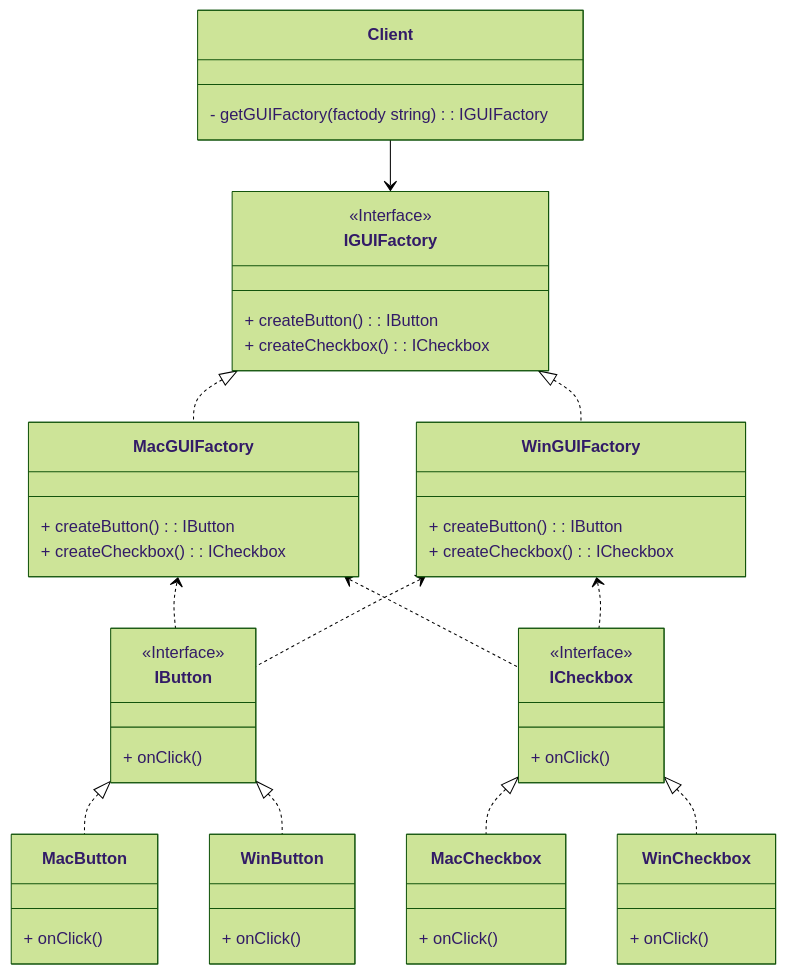
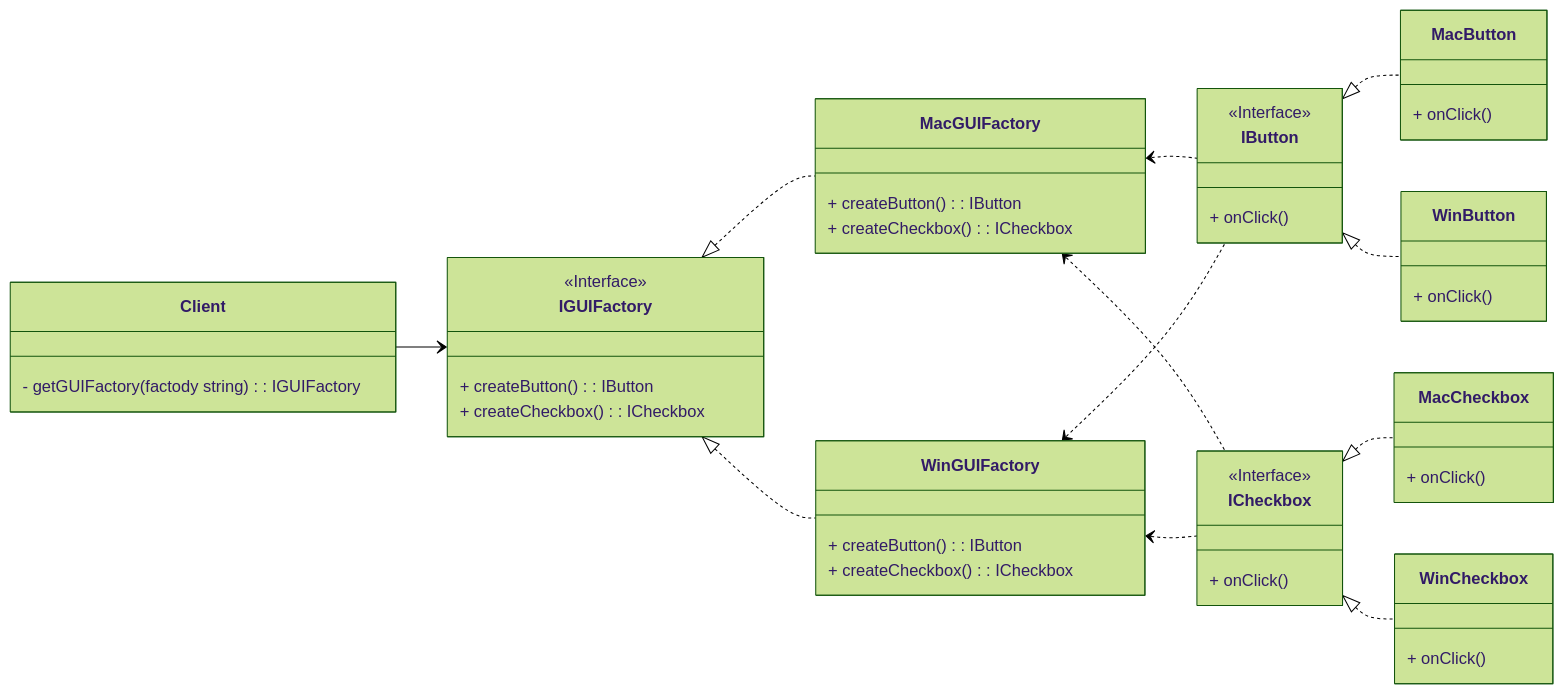
One commit to drajatisme/learn-go-design-pattern changed the second of 2 diagrams in creational-patterns/abstract-factory/README.md. Above: the diagram before and after it, drawn with Mermaid (forest theme). The commit also changed other lines of this file, not shown here.

````diff
--- a/creational-patterns/abstract-factory/README.md
+++ b/creational-patterns/abstract-factory/README.md
@@ -70,63 +71,64 @@
 ```mermaid
-    classDiagram
+classDiagram
+direction LR
     class Client{
         - getGUIFactory(factody string) : IGUIFactory
     }
 
     class IGUIFactory{
         <<Interface>>
         + createButton() : IButton
         + createCheckbox() : ICheckbox
     }
 
     class MacGUIFactory {
         + createButton() : IButton
         + createCheckbox() : ICheckbox
     }
 
     class WinGUIFactory {
         + createButton() : IButton
         + createCheckbox() : ICheckbox
     }
 
     class IButton{
         <<Interface>>
         + onClick()
     }
     
     class ICheckbox{
         <<Interface>>
         + onClick()
     }
 
     class MacButton{
         + onClick()
     }
 
     class WinCheckbox{
         + onClick()
     }
     
     class WinButton{
         + onClick()
     }
 
     class MacCheckbox{
         + onClick()
     }
 
     Client --> IGUIFactory
     IGUIFactory <|.. MacGUIFactory
     IGUIFactory <|.. WinGUIFactory
 
     MacGUIFactory <.. IButton
     MacGUIFactory <.. ICheckbox
 
     WinGUIFactory <.. IButton
     WinGUIFactory <.. ICheckbox
 
     IButton <|.. MacButton
     IButton <|.. WinButton
     ICheckbox <|.. MacCheckbox
     ICheckbox <|.. WinCheckbox
 ```
````
